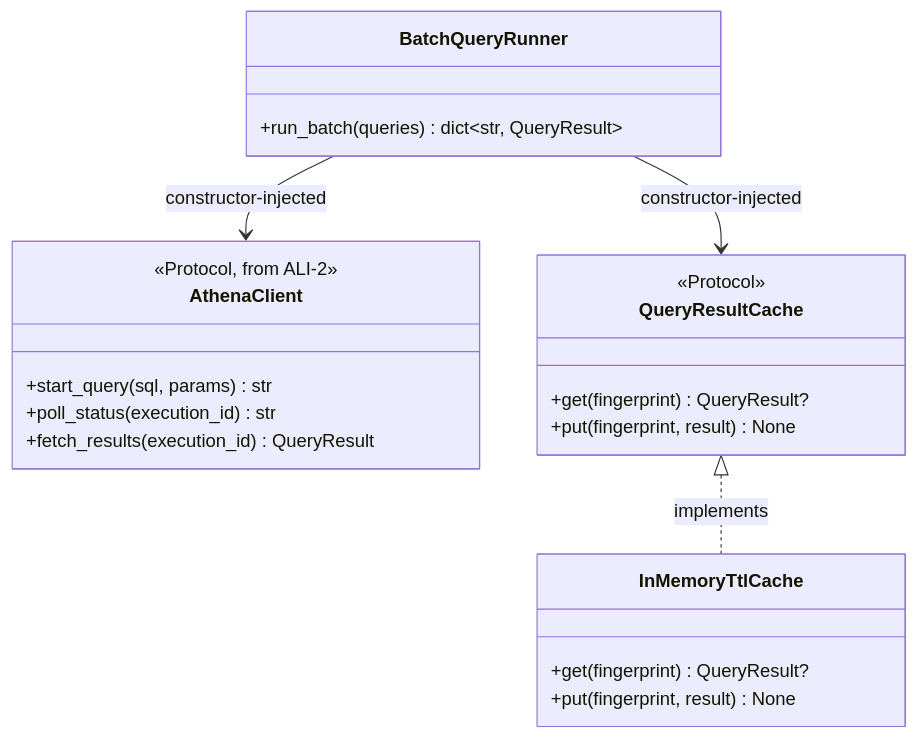
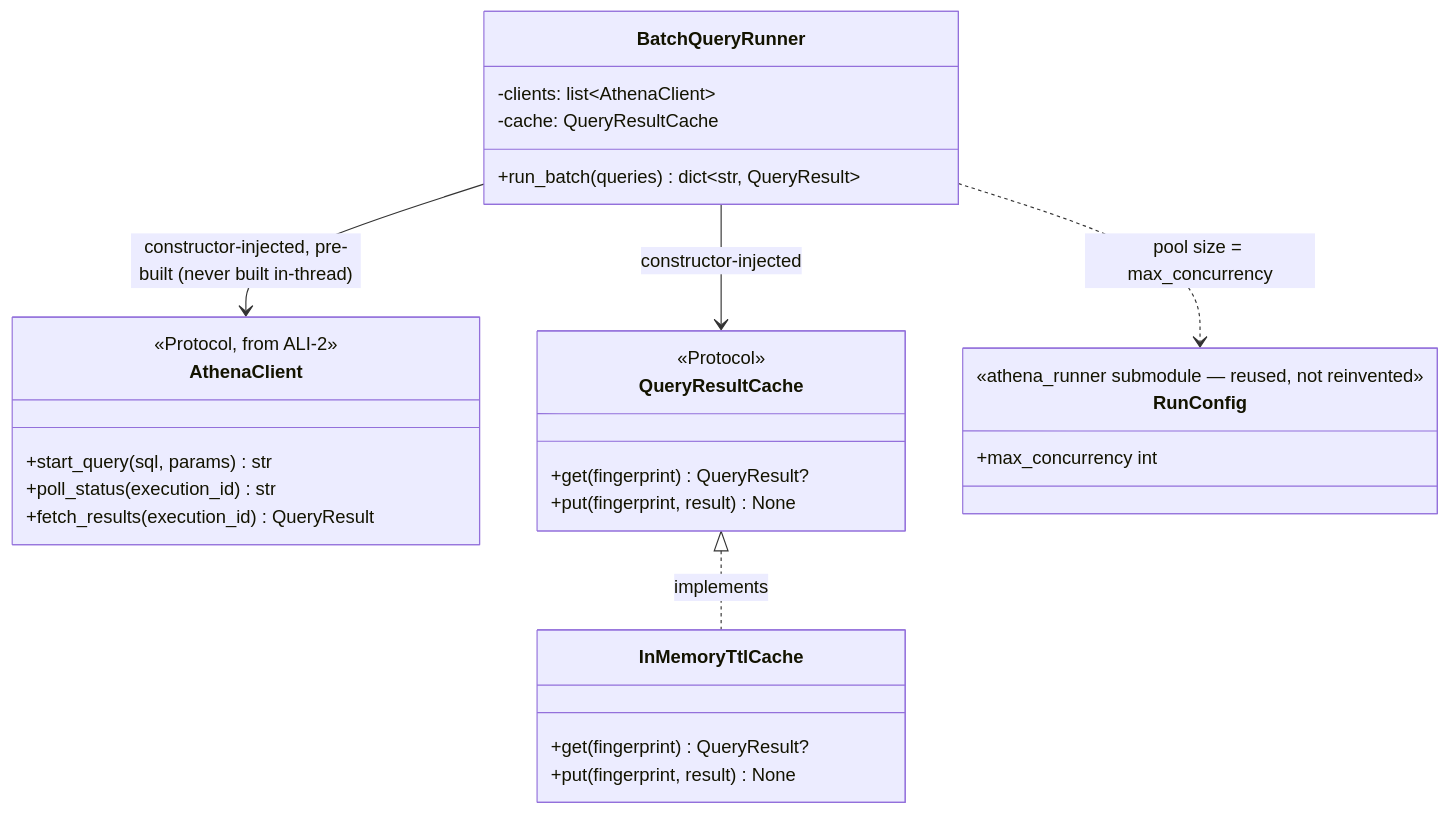
The third of 6 diagrams in docs/plan/src-lib-migration/athena-lib-integration/stories.md (abhadrasyna/ih-trace-lab), drawn with Mermaid before and after one commit. The commit also changed other lines of this file and 6 other files, not shown here.

````diff
--- a/docs/plan/src-lib-migration/athena-lib-integration/stories.md
+++ b/docs/plan/src-lib-migration/athena-lib-integration/stories.md
@@ -169,24 +221,31 @@
 ```mermaid
 classDiagram
     class AthenaClient {
         <<Protocol, from ALI-2>>
         +start_query(sql, params) str
         +poll_status(execution_id) str
         +fetch_results(execution_id) QueryResult
     }
     class QueryResultCache {
         <<Protocol>>
         +get(fingerprint) QueryResult?
         +put(fingerprint, result) None
     }
     class InMemoryTtlCache {
         +get(fingerprint) QueryResult?
         +put(fingerprint, result) None
     }
+    class RunConfig {
+        <<athena_runner submodule — reused, not reinvented>>
+        +max_concurrency int
+    }
     class BatchQueryRunner {
+        -clients: list~AthenaClient~
+        -cache: QueryResultCache
         +run_batch(queries) dict~str, QueryResult~
     }
     QueryResultCache <|.. InMemoryTtlCache : implements
-    BatchQueryRunner --> AthenaClient : constructor-injected
+    BatchQueryRunner --> AthenaClient : constructor-injected, pre-built (never built in-thread)
     BatchQueryRunner --> QueryResultCache : constructor-injected
+    BatchQueryRunner ..> RunConfig : pool size = max_concurrency
 ```
````
